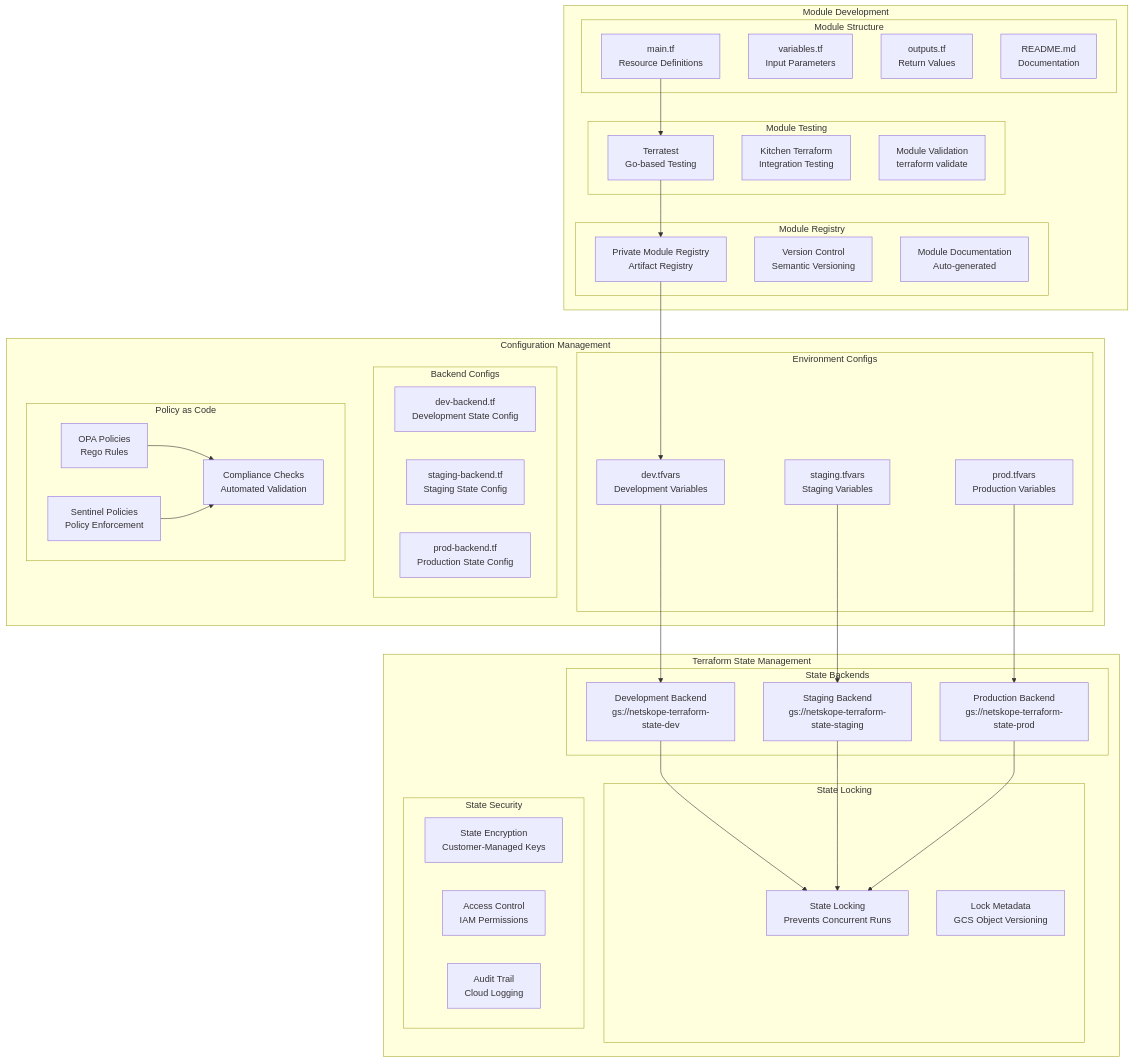
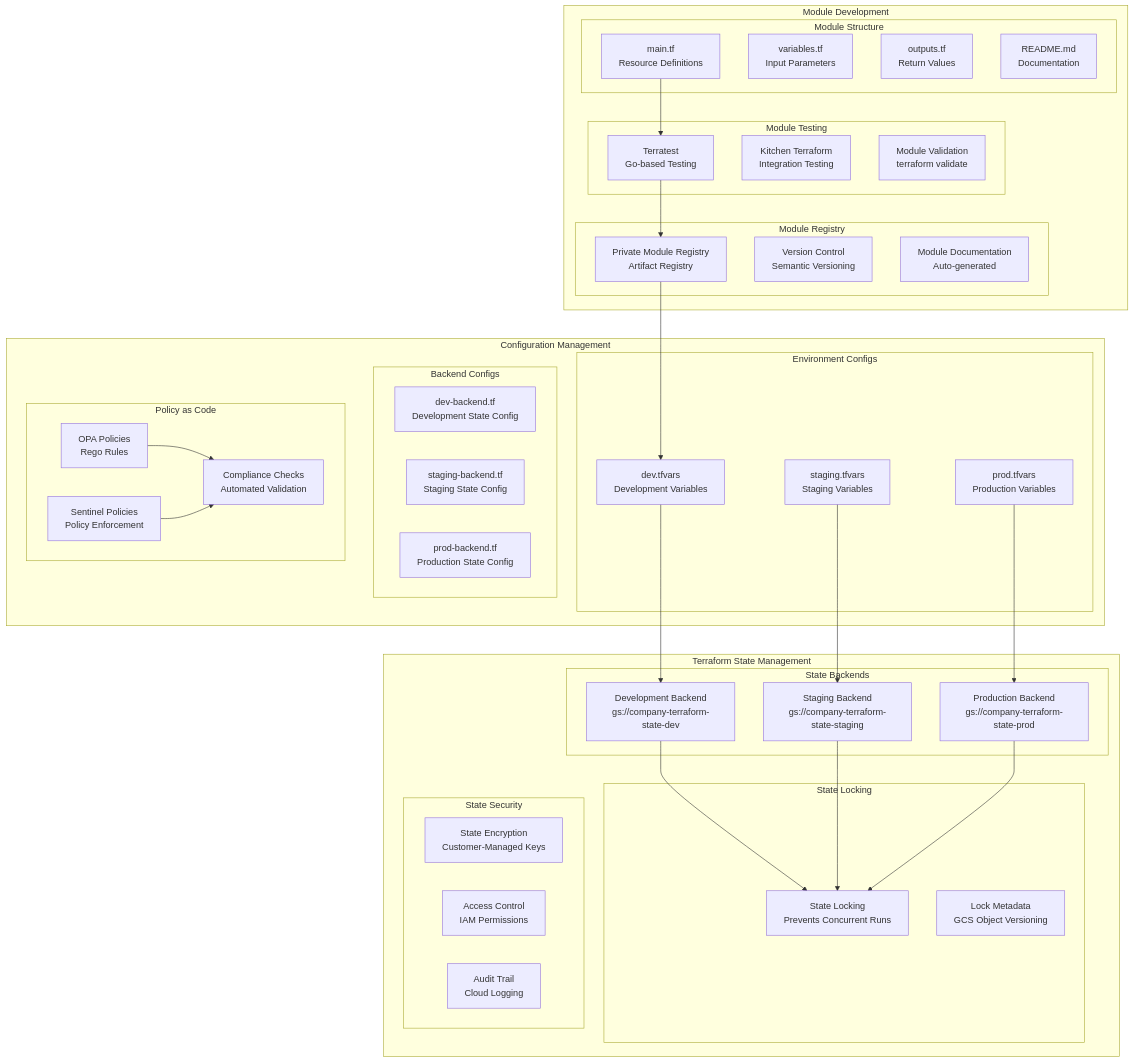
One commit to Himanshi3004/GCP-LZ changed the second of 5 diagrams in docs/DEPLOYMENT_ARCHITECTURE.md. Above: the diagram before and after it, drawn with Mermaid. The commit also changed other lines of this file and 12 other files, not shown here.

````diff
--- a/docs/DEPLOYMENT_ARCHITECTURE.md
+++ b/docs/DEPLOYMENT_ARCHITECTURE.md
@@ -102,78 +102,78 @@
 ```mermaid
 graph TB
     subgraph "Terraform State Management"
         subgraph "State Backends"
-            DEV_BACKEND[Development Backend<br/>gs://netskope-terraform-state-dev]
-            STG_BACKEND[Staging Backend<br/>gs://netskope-terraform-state-staging]
-            PROD_BACKEND[Production Backend<br/>gs://netskope-terraform-state-prod]
+            DEV_BACKEND[Development Backend<br/>gs://company-terraform-state-dev]
+            STG_BACKEND[Staging Backend<br/>gs://company-terraform-state-staging]
+            PROD_BACKEND[Production Backend<br/>gs://company-terraform-state-prod]
         end
         
         subgraph "State Locking"
             STATE_LOCK[State Locking<br/>Prevents Concurrent Runs]
             LOCK_TABLE[Lock Metadata<br/>GCS Object Versioning]
         end
         
         subgraph "State Security"
             ENCRYPTION[State Encryption<br/>Customer-Managed Keys]
             ACCESS_CONTROL[Access Control<br/>IAM Permissions]
             AUDIT_TRAIL[Audit Trail<br/>Cloud Logging]
         end
     end
     
     subgraph "Module Development"
         subgraph "Module Structure"
             MODULE_MAIN[main.tf<br/>Resource Definitions]
             MODULE_VARS[variables.tf<br/>Input Parameters]
             MODULE_OUTPUTS[outputs.tf<br/>Return Values]
             MODULE_README[README.md<br/>Documentation]
         end
         
         subgraph "Module Testing"
             TERRATEST[Terratest<br/>Go-based Testing]
             KITCHEN_TERRAFORM[Kitchen Terraform<br/>Integration Testing]
             MODULE_VALIDATION[Module Validation<br/>terraform validate]
         end
         
         subgraph "Module Registry"
             PRIVATE_REGISTRY[Private Module Registry<br/>Artifact Registry]
             VERSION_CONTROL[Version Control<br/>Semantic Versioning]
             MODULE_DOCS[Module Documentation<br/>Auto-generated]
         end
     end
     
     subgraph "Configuration Management"
         subgraph "Environment Configs"
             TFVARS_DEV[dev.tfvars<br/>Development Variables]
             TFVARS_STG[staging.tfvars<br/>Staging Variables]
             TFVARS_PROD[prod.tfvars<br/>Production Variables]
         end
         
         subgraph "Backend Configs"
             BACKEND_DEV[dev-backend.tf<br/>Development State Config]
             BACKEND_STG[staging-backend.tf<br/>Staging State Config]
             BACKEND_PROD[prod-backend.tf<br/>Production State Config]
         end
         
         subgraph "Policy as Code"
             OPA_POLICIES[OPA Policies<br/>Rego Rules]
             SENTINEL_POLICIES[Sentinel Policies<br/>Policy Enforcement]
             COMPLIANCE_CHECKS[Compliance Checks<br/>Automated Validation]
         end
     end
     
     %% Connections
     MODULE_MAIN --> TERRATEST
     TERRATEST --> PRIVATE_REGISTRY
     PRIVATE_REGISTRY --> TFVARS_DEV
     
     TFVARS_DEV --> DEV_BACKEND
     TFVARS_STG --> STG_BACKEND
     TFVARS_PROD --> PROD_BACKEND
     
     DEV_BACKEND --> STATE_LOCK
     STG_BACKEND --> STATE_LOCK
     PROD_BACKEND --> STATE_LOCK
     
     OPA_POLICIES --> COMPLIANCE_CHECKS
     SENTINEL_POLICIES --> COMPLIANCE_CHECKS
 ```
````
